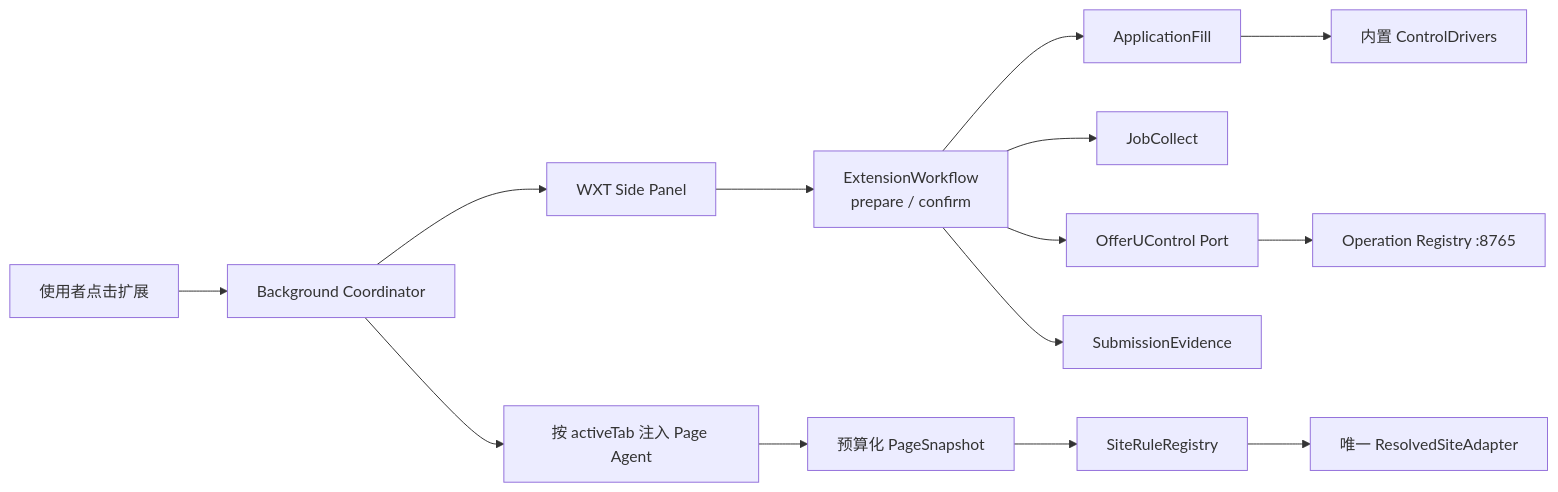
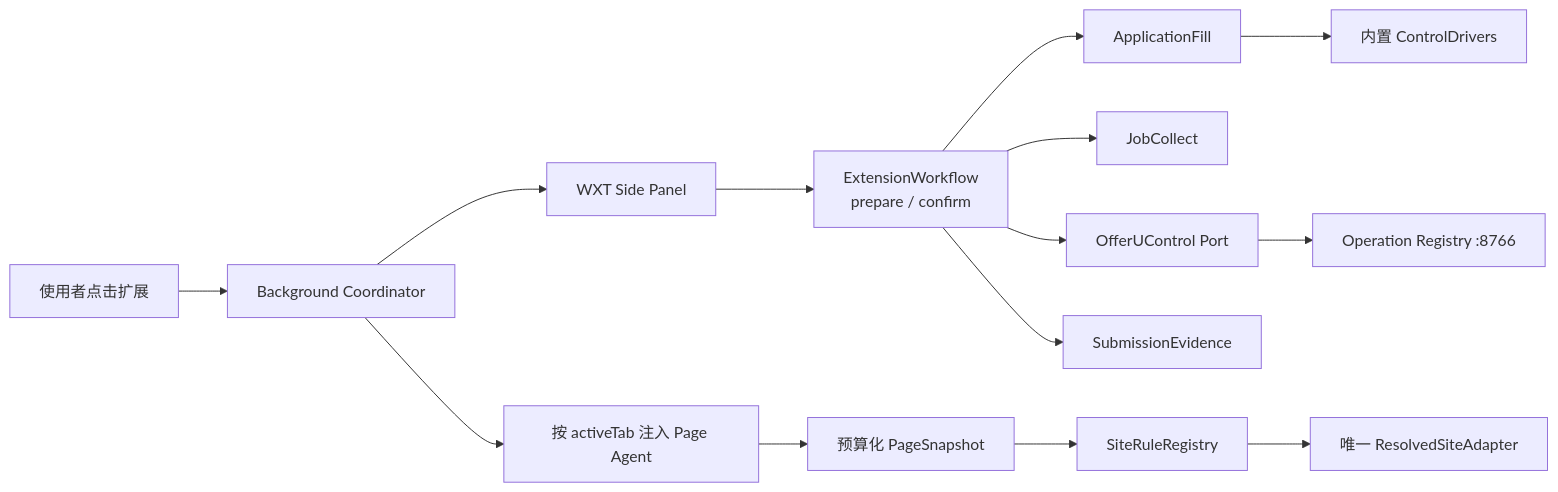
Before and after one commit to avabbbb/OfferU: the diagram in docs/architecture/browser-extension.md, drawn with Mermaid. The commit also changed 95 other files, not shown here.

````diff
--- a/docs/architecture/browser-extension.md
+++ b/docs/architecture/browser-extension.md
@@ -21,18 +21,18 @@
 ```mermaid
 flowchart LR
     CLICK["使用者点击扩展"] --> BG["Background Coordinator"]
     BG --> PANEL["WXT Side Panel"]
     BG --> PAGE["按 activeTab 注入 Page Agent"]
     PAGE --> SNAPSHOT["预算化 PageSnapshot"]
     SNAPSHOT --> RULES["SiteRuleRegistry"]
     RULES --> RESOLVED["唯一 ResolvedSiteAdapter"]
 
     PANEL --> WORKFLOW["ExtensionWorkflow<br/>prepare / confirm"]
     WORKFLOW --> JOB["JobCollect"]
     WORKFLOW --> FILL["ApplicationFill"]
     WORKFLOW --> RECEIPT["SubmissionEvidence"]
     FILL --> DRIVERS["内置 ControlDrivers"]
 
     WORKFLOW --> CONTROL["OfferUControl Port"]
-    CONTROL --> OPS["Operation Registry :8765"]
+    CONTROL --> OPS["Operation Registry :8766"]
 ```
````
